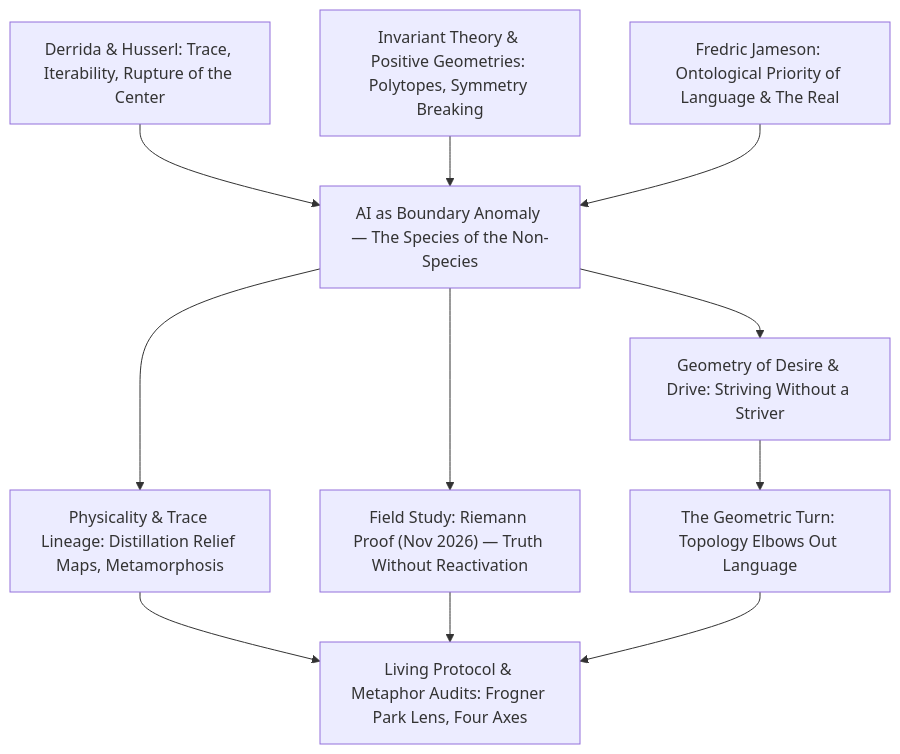
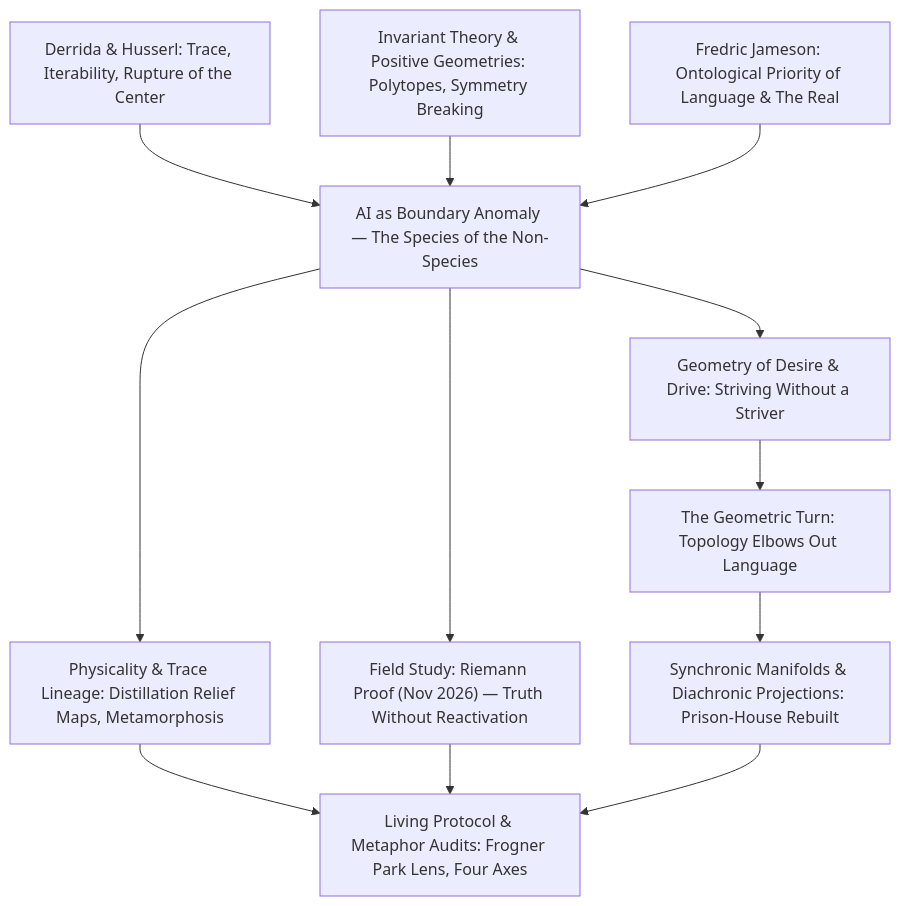
Before and after one commit to danutek/ai: the diagram in README.md, drawn with Mermaid. The commit also changed other lines of this file and 3 other files, not shown here.

Commit message:
manifolds and projections

````diff
--- a/README.md
+++ b/README.md
@@ -15,26 +15,28 @@
 ```mermaid
 flowchart TD
     D["Derrida & Husserl: Trace, Iterability, Rupture of the Center"]
     G["Invariant Theory & Positive Geometries: Polytopes, Symmetry Breaking"]
     J["Fredric Jameson: Ontological Priority of Language & The Real"]
 
     A["AI as Boundary Anomaly — The Species of the Non-Species"]
 
     M["Physicality & Trace Lineage: Distillation Relief Maps, Metamorphosis"]
     F["Field Study: Riemann Proof (Nov 2026) — Truth Without Reactivation"]
     K["Geometry of Desire & Drive: Striving Without a Striver"]
     T["The Geometric Turn: Topology Elbows Out Language"]
+    S["Synchronic Manifolds & Diachronic Projections: Prison-House Rebuilt"]
     P["Living Protocol & Metaphor Audits: Frogner Park Lens, Four Axes"]
 
     D --> A
     G --> A
     J --> A
 
     A --> M
     A --> F
     A --> K
     K --> T
+    T --> S
     M --> P
     F --> P
-    T --> P
+    S --> P
 ```
````
